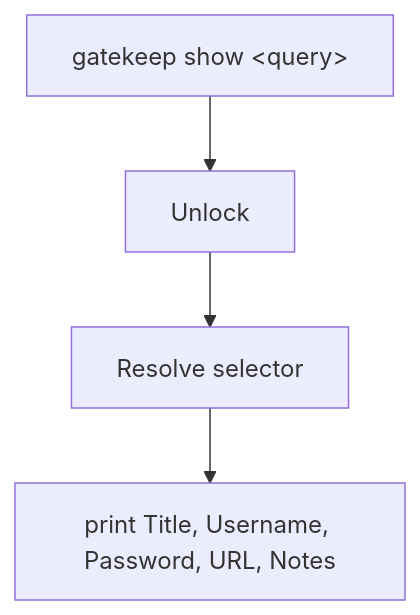
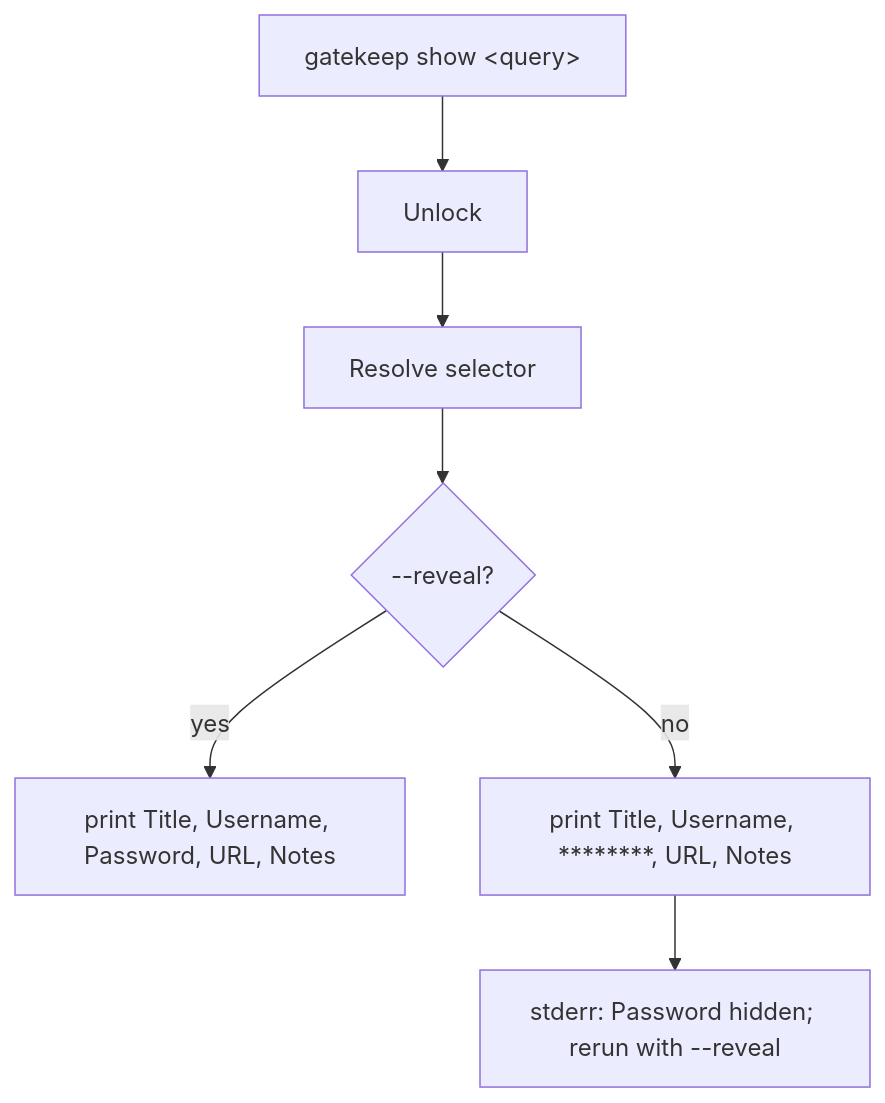
One commit to nxkh4ng/gatekeep changed the sixth of 9 diagrams in cmd/FLOWS.md. Above: the diagram before and after it, drawn with Mermaid. The commit also changed other lines of this file and 2 other files, not shown here.

Commit message:
feat(cli)!: mask the password in show unless --reveal
- Printing the password by default leaks it to scrollback, tmux panes
and screen shares. show now prints a fixed-length mask, so the password
length does not leak either, and hints on stderr (stdout stays
parseable) that --reveal prints the real value.

- An entry without a password is printed unmasked; the picker and abort
paths are unchanged.

````diff
--- a/cmd/FLOWS.md
+++ b/cmd/FLOWS.md
@@ -99,6 +103,9 @@
 ```mermaid
 flowchart TD
     A["gatekeep show &lt;query&gt;"] --> U["Unlock"]
     U --> R["Resolve selector"]
-    R --> P["print Title, Username, Password, URL, Notes"]
+    R --> P{"--reveal?"}
+    P -->|yes| Q["print Title, Username, Password, URL, Notes"]
+    P -->|no| M["print Title, Username, ********, URL, Notes"]
+    M --> H["stderr: Password hidden; rerun with --reveal"]
 ```
````
